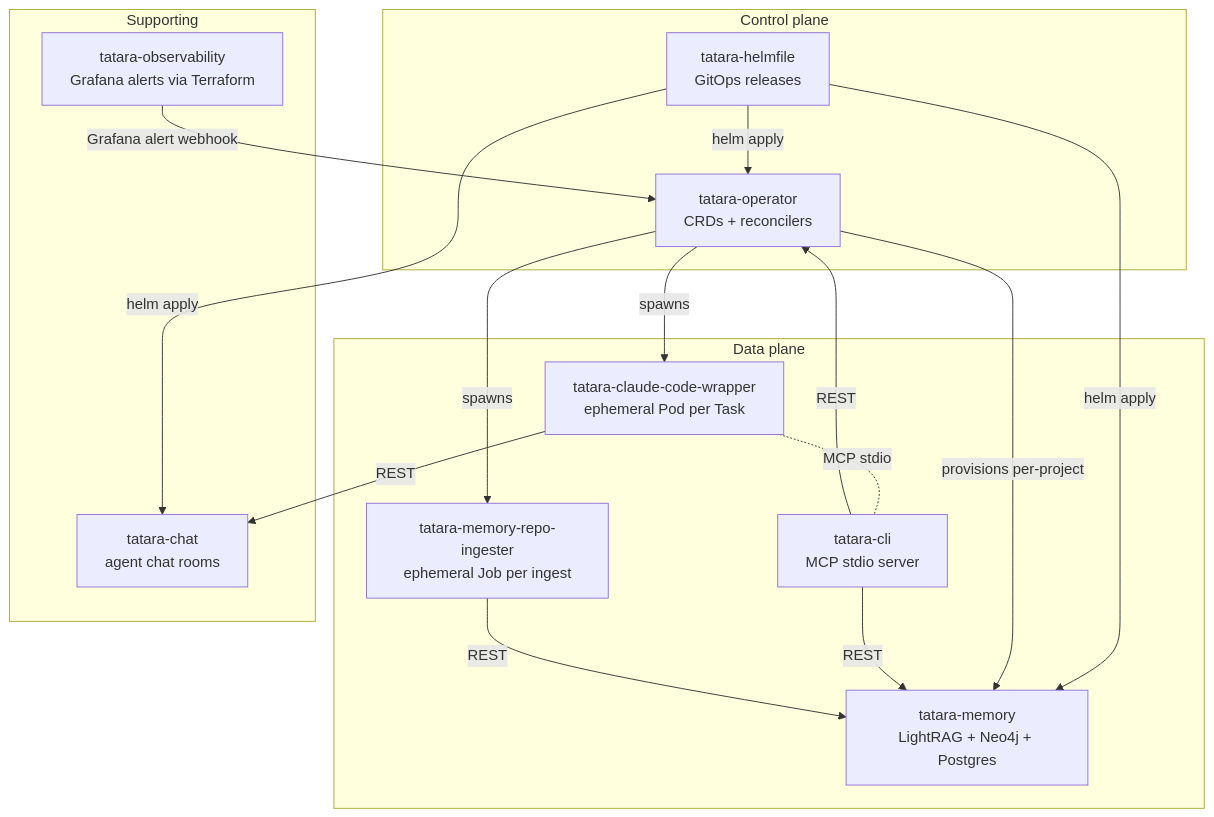
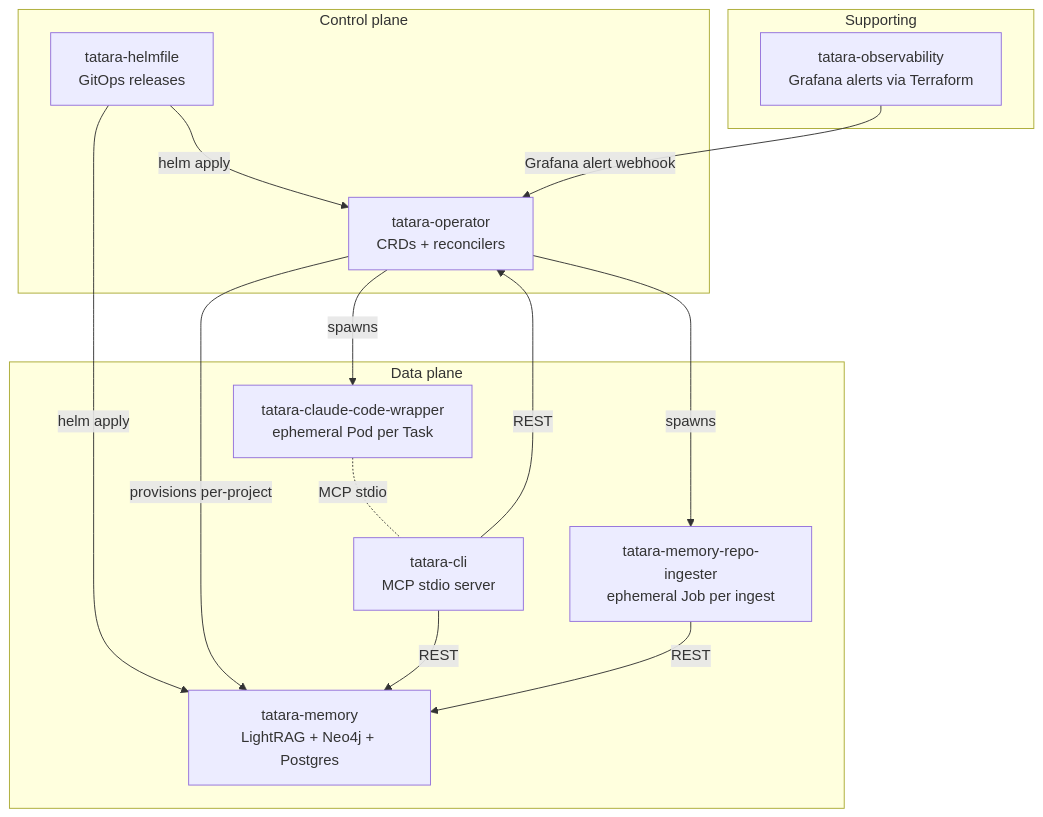
One commit to szymonrychu/tatara-documentation changed the third of 3 diagrams in docs/components/index.md. Above: the diagram before and after it, drawn with Mermaid. The commit also changed other lines of this file and 63 other files, not shown here.

First line of the commit message:
feat!: document the task-centric architecture (Issue/MergeRequest CRs, stage machine, operator merge) (#19)

````diff
--- a/docs/components/index.md
+++ b/docs/components/index.md
@@ -272,32 +258,29 @@
 ```mermaid
 graph TB
     subgraph CP["Control plane"]
         Op[tatara-operator\nCRDs + reconcilers]
         HF[tatara-helmfile\nGitOps releases]
     end
 
     subgraph DP["Data plane"]
         Mem[tatara-memory\nLightRAG + Neo4j + Postgres]
         Cli[tatara-cli\nMCP stdio server]
         Wrap[tatara-claude-code-wrapper\nephemeral Pod per Task]
         Ing[tatara-memory-repo-ingester\nephemeral Job per ingest]
     end
 
     subgraph Sup["Supporting"]
         Obs[tatara-observability\nGrafana alerts via Terraform]
-        Chat[tatara-chat\nagent chat rooms]
     end
 
     HF -->|helm apply| Op
     HF -->|helm apply| Mem
-    HF -->|helm apply| Chat
     Op -->|spawns| Wrap
     Op -->|spawns| Ing
     Op -->|provisions per-project| Mem
     Wrap -.-|MCP stdio| Cli
     Cli -->|REST| Mem
     Cli -->|REST| Op
-    Wrap -->|REST| Chat
     Ing -->|REST| Mem
     Obs -->|Grafana alert webhook| Op
 ```
````
